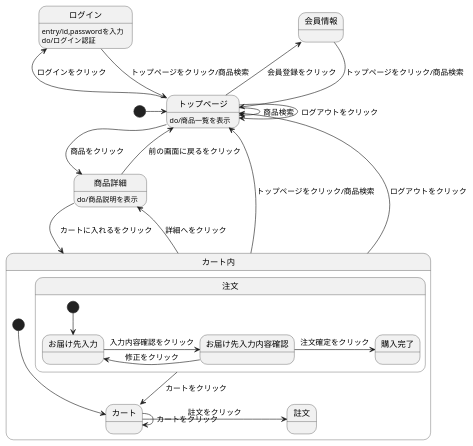
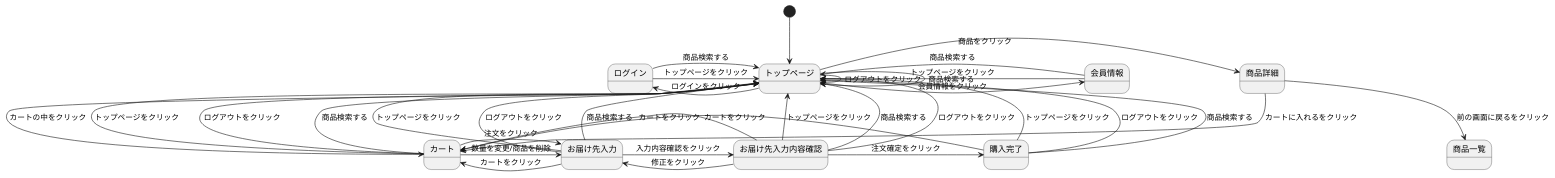
Before and after one commit to Aso2001189/2021sys-design: the third of 3 diagrams in stm01.md, drawn with PlantUML. The commit also changed other lines of this file, not shown here.

```diff
--- a/stm01.md
+++ b/stm01.md
@@ -2,32 +31,37 @@
 @startuml
-[*]->トップページ
-会員情報 --> トップページ:トップページをクリック/商品検索
-ログイン --> トップページ:トップページをクリック/商品検索
-ログイン : entry/id,passwordを入力
-ログイン : do/ログイン認証
-トップページ --> トップページ : ログアウトをクリック
-トップページ ->トップページ : 商品検索
+
+[*] --> トップページ
+トップページ -> トップページ : ログアウトをクリック
+トップページ -> トップページ : 商品検索する
+トップページ -> 会員情報 : 会員情報をクリック
 トップページ -> 商品詳細 : 商品をクリック
-トップページ -left->会員情報 : 会員登録をクリック
+商品詳細 --> カート : カートに入れるをクリック
+商品詳細 --> 商品一覧 : 前の画面に戻るをクリック
+会員情報 -> トップページ : トップページをクリック
+会員情報 -> トップページ : 商品検索する
 トップページ -left-> ログイン : ログインをクリック
-トップページ : do/商品一覧を表示
-商品詳細 --> カート内 :　カートに入れるをクリック
-商品詳細 --> トップページ : 前の画面に戻るをクリック
-商品詳細 : do/商品説明を表示
-カート内 -up-> トップページ : トップページをクリック/商品検索
-カート内 -up-> トップページ : ログアウトをクリック
-カート内 -> 商品詳細 : 詳細へをクリック
+ログイン -> トップページ : トップページをクリック
+ログイン -> トップページ : 商品検索する
+トップページ --> カート : カートの中をクリック
+カート -> トップページ : トップページをクリック
+カート -> お届け先入力 : 数量を変更/商品を削除
+カート -> お届け先入力 : 注文をクリック
+カート -> トップページ : ログアウトをクリック
+カート -> トップページ : 商品検索する
+お届け先入力 -> トップページ : トップページをクリック
+お届け先入力 -> カート : カートをクリック
+お届け先入力 -> お届け先入力内容確認 : 入力内容確認をクリック
+お届け先入力 -> トップページ : ログアウトをクリック
+お届け先入力 -> トップページ : 商品検索する
+お届け先入力内容確認 -> トップページ : トップページをクリック
+お届け先入力内容確認 -> カート : カートをクリック
+お届け先入力内容確認 -> お届け先入力 : 修正をクリック
+お届け先入力内容確認 -> 購入完了 : 注文確定をクリック
+お届け先入力内容確認 --> トップページ : ログアウトをクリック
+お届け先入力内容確認 -> トップページ : 商品検索する
+購入完了 -> トップページ : トップページをクリック
+購入完了 -> カート : カートをクリック
+購入完了 -> トップページ : ログアウトをクリック
+購入完了 -> トップページ : 商品検索する
 
-state カート内 {
- [*] --> カート
- カート -> 註文 : 註文をクリック
- カート -> カート : カートをクリック
- 注文 --> カート : カートをクリック
- state 注文 {
-  [*] --> お届け先入力
-  お届け先入力 -> お届け先入力内容確認 : 入力内容確認をクリック
-  お届け先入力内容確認 -> お届け先入力 : 修正をクリック
-  お届け先入力内容確認 -> 購入完了 : 注文確定をクリック
-  }
- }
 @enduml
```
